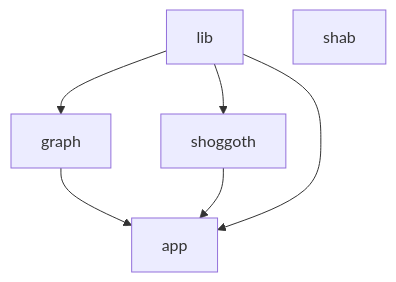
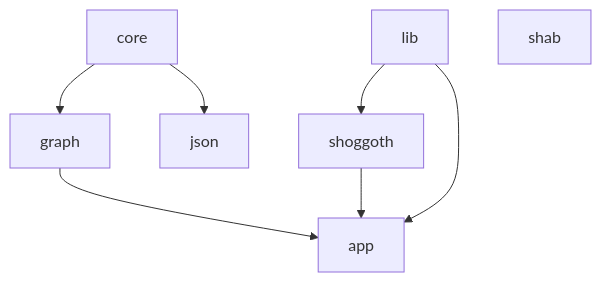
Before and after one commit to johnthesmith/shoggoth: the first of 3 diagrams in README.md, drawn with Mermaid. The commit also changed other lines of this file, not shown here.

````diff
--- a/README.md
+++ b/README.md
@@ -94,11 +70,12 @@
 ```mermaid
 flowchart
     graphics[graph]    
 
-    lib --> graphics
+    core --> graphics
+    core --> json
     graphics --> app
     shoggoth --> app
     lib --> shoggoth
     lib --> app
     shab
 ```
````
